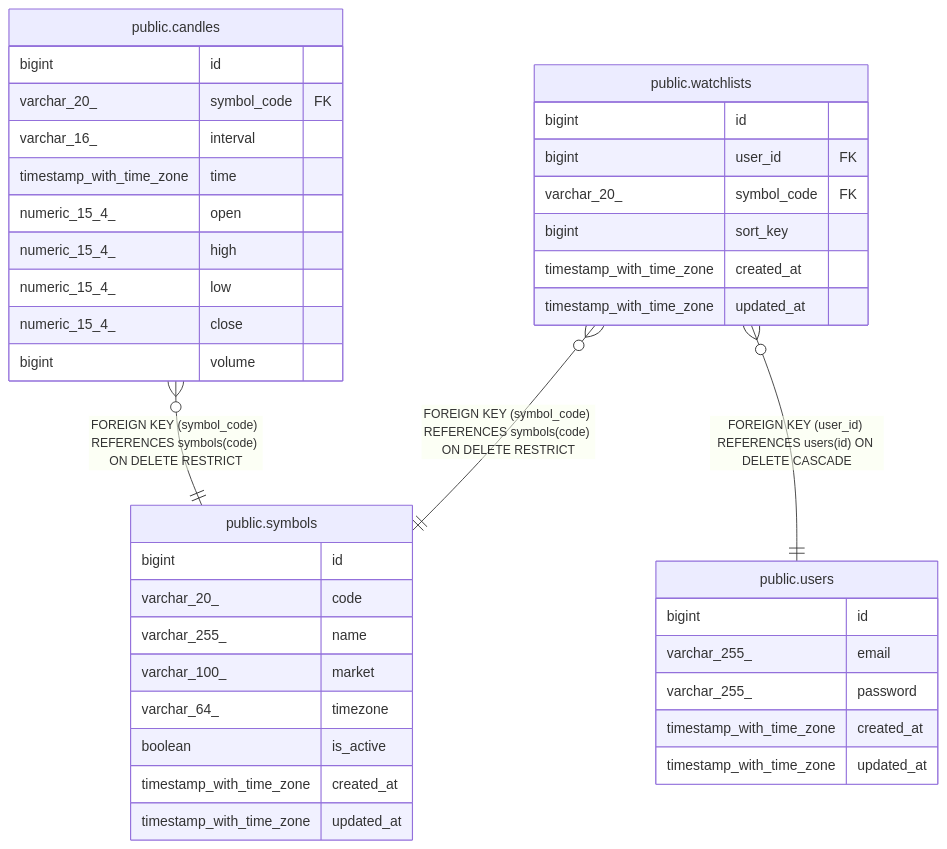
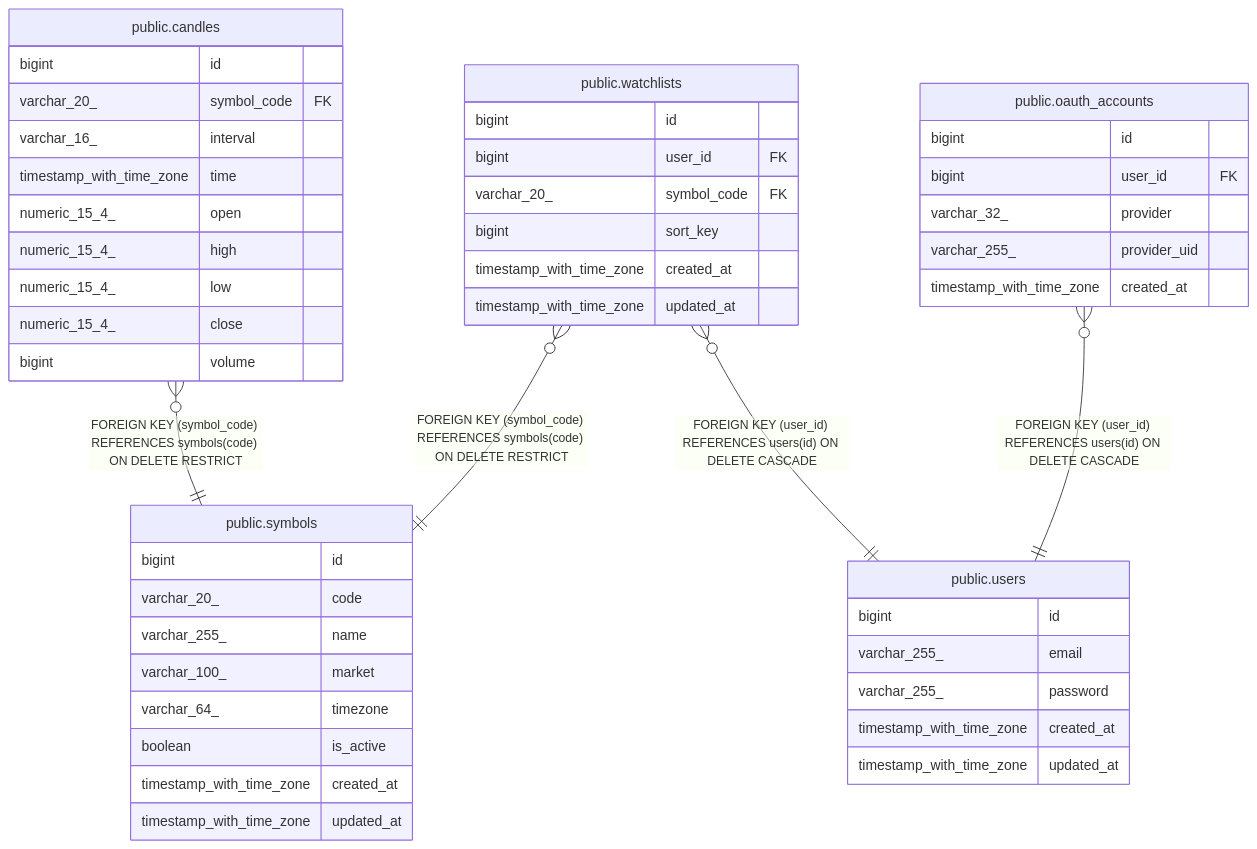
One commit to UCHIDAnobuhiro/stock_backend changed the diagram in docs/schema/README.md. Above: the diagram before and after it, drawn with Mermaid. The commit also changed other lines of this file and 3 other files, not shown here.

First line of the commit message:
docs: oauth_accounts テーブルのスキーマドキュメントを追加

````diff
--- a/docs/schema/README.md
+++ b/docs/schema/README.md
@@ -14,44 +15,52 @@
 ```mermaid
 erDiagram
 
 "public.candles" }o--|| "public.symbols" : "FOREIGN KEY (symbol_code) REFERENCES symbols(code) ON DELETE RESTRICT"
 "public.watchlists" }o--|| "public.users" : "FOREIGN KEY (user_id) REFERENCES users(id) ON DELETE CASCADE"
 "public.watchlists" }o--|| "public.symbols" : "FOREIGN KEY (symbol_code) REFERENCES symbols(code) ON DELETE RESTRICT"
+"public.oauth_accounts" }o--|| "public.users" : "FOREIGN KEY (user_id) REFERENCES users(id) ON DELETE CASCADE"
 
 "public.users" {
   bigint id ""
   varchar_255_ email ""
   varchar_255_ password ""
   timestamp_with_time_zone created_at ""
   timestamp_with_time_zone updated_at ""
 }
 "public.candles" {
   bigint id ""
   varchar_20_ symbol_code FK ""
   varchar_16_ interval ""
   timestamp_with_time_zone time ""
   numeric_15_4_ open ""
   numeric_15_4_ high ""
   numeric_15_4_ low ""
   numeric_15_4_ close ""
   bigint volume ""
 }
 "public.symbols" {
   bigint id ""
   varchar_20_ code ""
   varchar_255_ name ""
   varchar_100_ market ""
   varchar_64_ timezone ""
   boolean is_active ""
   timestamp_with_time_zone created_at ""
   timestamp_with_time_zone updated_at ""
 }
 "public.watchlists" {
   bigint id ""
   bigint user_id FK ""
   varchar_20_ symbol_code FK ""
   bigint sort_key ""
   timestamp_with_time_zone created_at ""
   timestamp_with_time_zone updated_at ""
 }
+"public.oauth_accounts" {
+  bigint id ""
+  bigint user_id FK ""
+  varchar_32_ provider ""
+  varchar_255_ provider_uid ""
+  timestamp_with_time_zone created_at ""
+}
 ```
````
